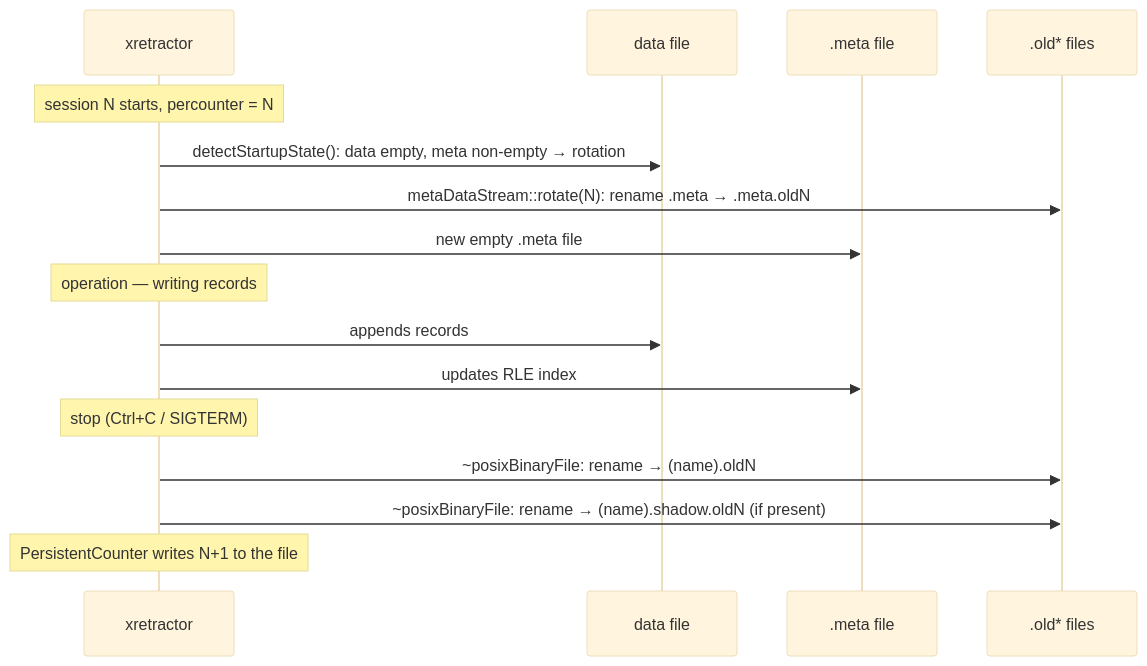
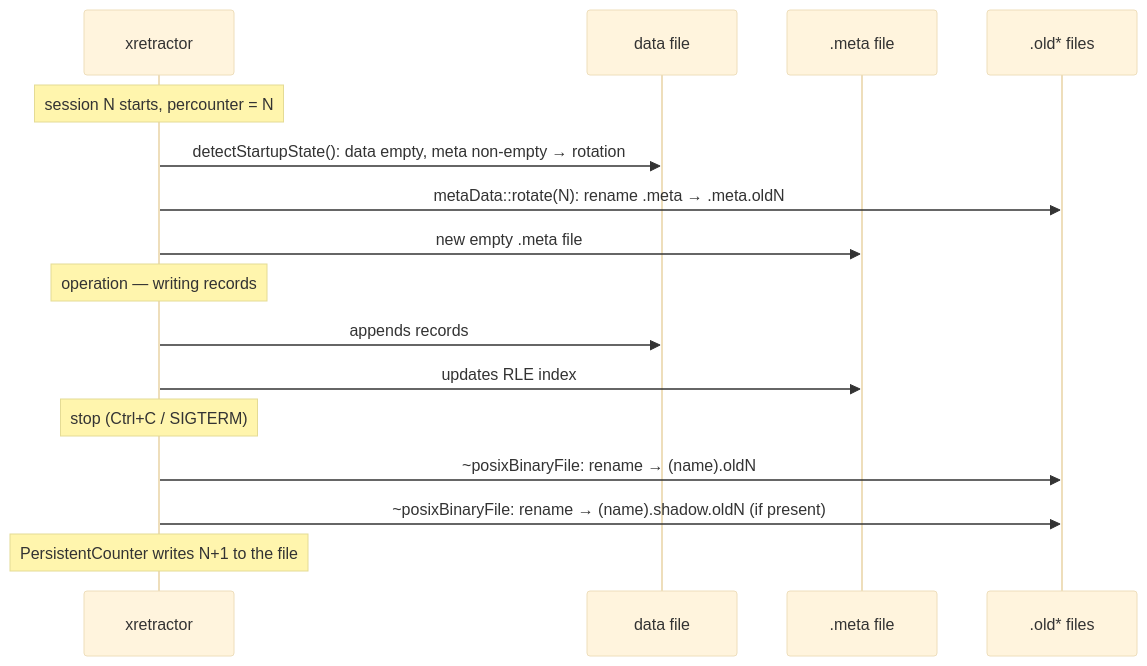
The diagram in data-processing-system-architecture/data-storage-format/rotation.md (michalwidera/documentation-rdb), drawn with Mermaid (base theme) before and after one commit. The commit also changed other lines of this file and 15 other files, not shown here.

````diff
--- a/data-processing-system-architecture/data-storage-format/rotation.md
+++ b/data-processing-system-architecture/data-storage-format/rotation.md
@@ -26,22 +28,22 @@
 ```mermaid
 %% pdf-width: 100%
 sequenceDiagram
     participant RQL as xretractor
     participant D as data file
     participant M as .meta file
     participant Old as .old* files
 
     Note over RQL: session N starts, percounter = N
     RQL->>D: detectStartupState(): data empty, meta non-empty → rotation
-    RQL->>Old: metaDataStream::rotate(N): rename .meta → .meta.oldN
+    RQL->>Old: metaData::rotate(N): rename .meta → .meta.oldN
     RQL->>M: new empty .meta file
 
     Note over RQL: operation — writing records
     RQL->>D: appends records
     RQL->>M: updates RLE index
 
     Note over RQL: stop (Ctrl+C / SIGTERM)
     RQL->>Old: ~posixBinaryFile: rename → (name).oldN
     RQL->>Old: ~posixBinaryFile: rename → (name).shadow.oldN (if present)
     Note over RQL: PersistentCounter writes N+1 to the file
 ```
````
